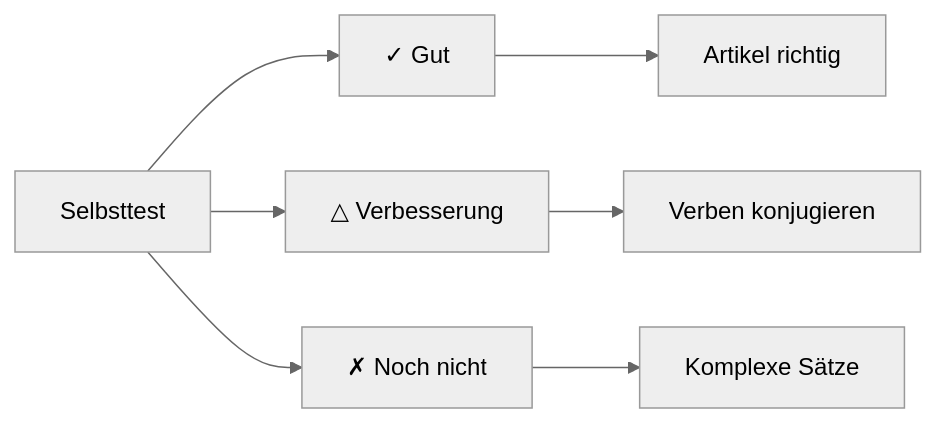
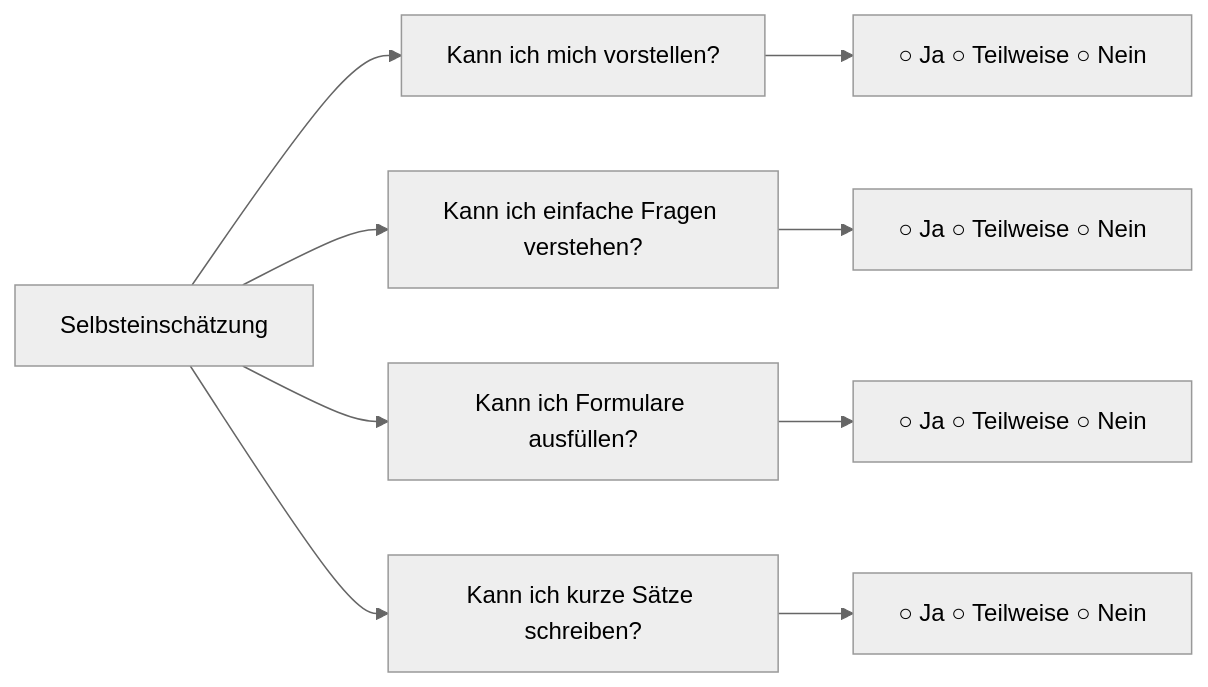
Before and after one commit to wulfnb/german: the second of 2 diagrams in docs/niveau/a1/uebungen.md, drawn with Mermaid (neutral theme). The commit also changed other lines of this file and 20 other files, not shown here.

````diff
--- a/docs/niveau/a1/uebungen.md
+++ b/docs/niveau/a1/uebungen.md
@@ -328,10 +220,12 @@
 ```mermaid
 graph LR
-    A[Selbsttest] --> B[✓ Gut]
-    A --> C[△ Verbesserung]
-    A --> D[✗ Noch nicht]
+    A[Selbsteinschätzung] --> B[Kann ich mich vorstellen?]
+    A --> C[Kann ich einfache Fragen verstehen?]
+    A --> D[Kann ich Formulare ausfüllen?]
+    A --> E[Kann ich kurze Sätze schreiben?]
     
-    B --> B1[Artikel richtig]
-    C --> C1[Verben konjugieren]
-    D --> D1[Komplexe Sätze]
+    B --> B1[○ Ja ○ Teilweise ○ Nein]
+    C --> C1[○ Ja ○ Teilweise ○ Nein]
+    D --> D1[○ Ja ○ Teilweise ○ Nein]
+    E --> E1[○ Ja ○ Teilweise ○ Nein]
 ```
````
